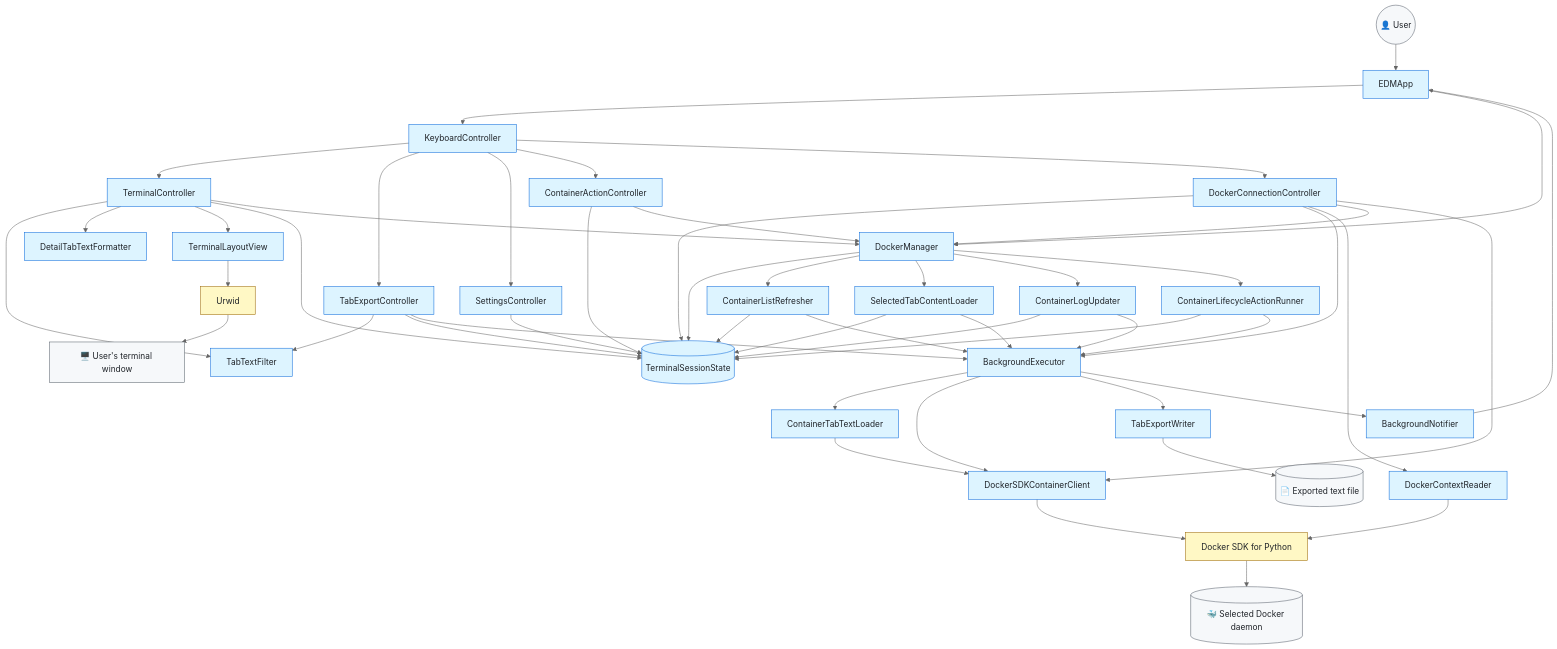
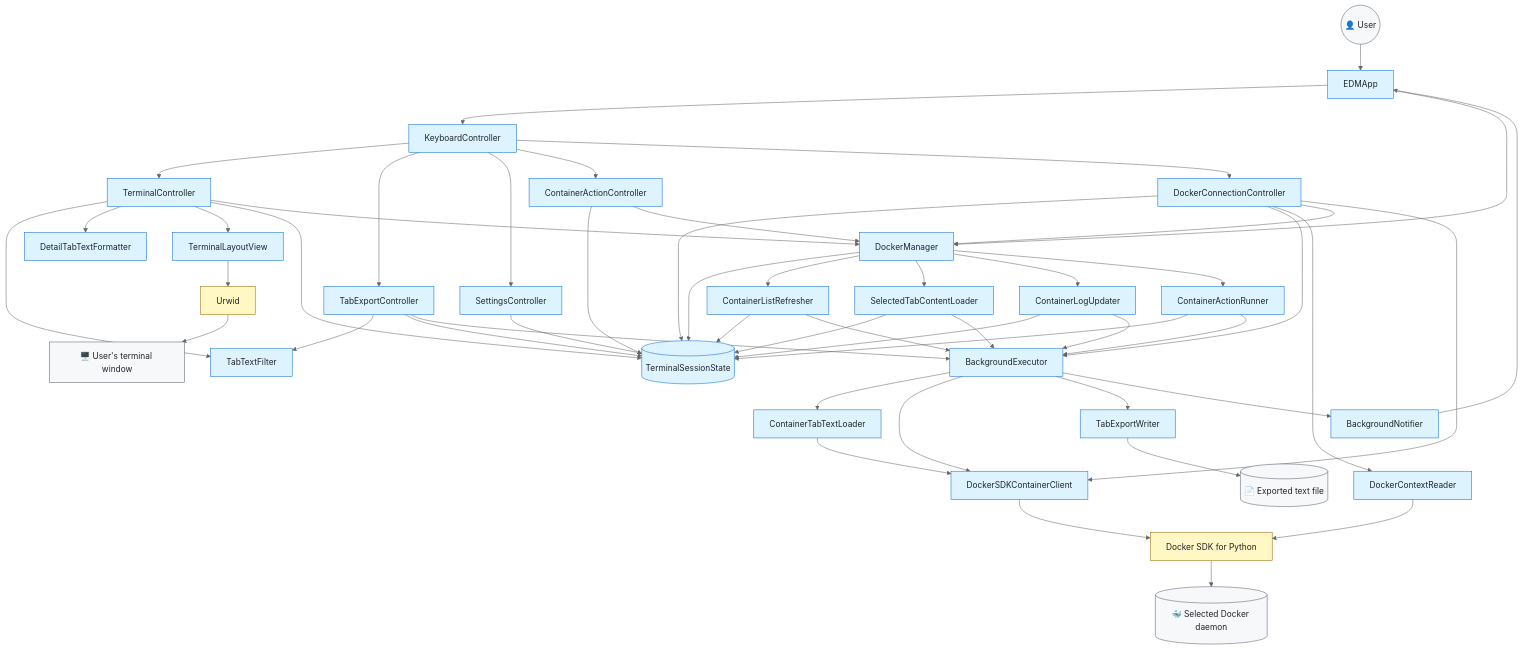
Before and after one commit to arabnejad/edm: the first of 5 diagrams in DEVELOPMENT_GUIDE.md, drawn with Mermaid (neutral theme). The commit also changed other lines of this file and 25 other files, not shown here.

Commit message:
Add interactive container shell action (#92)

````diff
--- a/DEVELOPMENT_GUIDE.md
+++ b/DEVELOPMENT_GUIDE.md
@@ -118,7 +119,7 @@
     ContainerRefresh[ContainerListRefresher]
     TabLoad[SelectedTabContentLoader]
     LogUpdates[ContainerLogUpdater]
-    Lifecycle[ContainerLifecycleActionRunner]
+    ActionRunner[ContainerActionRunner]
     Executor[BackgroundExecutor]
     Notifier[BackgroundNotifier]
     Loader[ContainerTabTextLoader]
@@ -163,15 +164,15 @@
     DockerManager --> ContainerRefresh
     DockerManager --> TabLoad
     DockerManager --> LogUpdates
-    DockerManager --> Lifecycle
+    DockerManager --> ActionRunner
     ContainerRefresh --> State
     ContainerRefresh --> Executor
     TabLoad --> State
     TabLoad --> Executor
     LogUpdates --> State
     LogUpdates --> Executor
-    Lifecycle --> State
-    Lifecycle --> Executor
+    ActionRunner --> State
+    ActionRunner --> Executor
     Executor --> Loader --> Client
     Executor --> Client
     Executor --> Exporter --> File
@@ -184,7 +185,7 @@
     classDef thirdParty fill:#fff8c5,stroke:#9a6700,color:#1f2328
     classDef external fill:#f6f8fa,stroke:#57606a,color:#1f2328
 
-    class App,Keyboard,UI,ExportController,SettingsController,ActionController,ConnectionController,State,DockerManager,ContainerRefresh,TabLoad,LogUpdates,Lifecycle,Executor,Notifier,Loader,ContextReader,Client,Filter,Formatter,Exporter,View edm
+    class App,Keyboard,UI,ExportController,SettingsController,ActionController,ConnectionController,State,DockerManager,ContainerRefresh,TabLoad,LogUpdates,ActionRunner,Executor,Notifier,Loader,ContextReader,Client,Filter,Formatter,Exporter,View edm
     class DockerSDK,Urwid thirdParty
     class User,Docker,Terminal,File external
 ```
````
